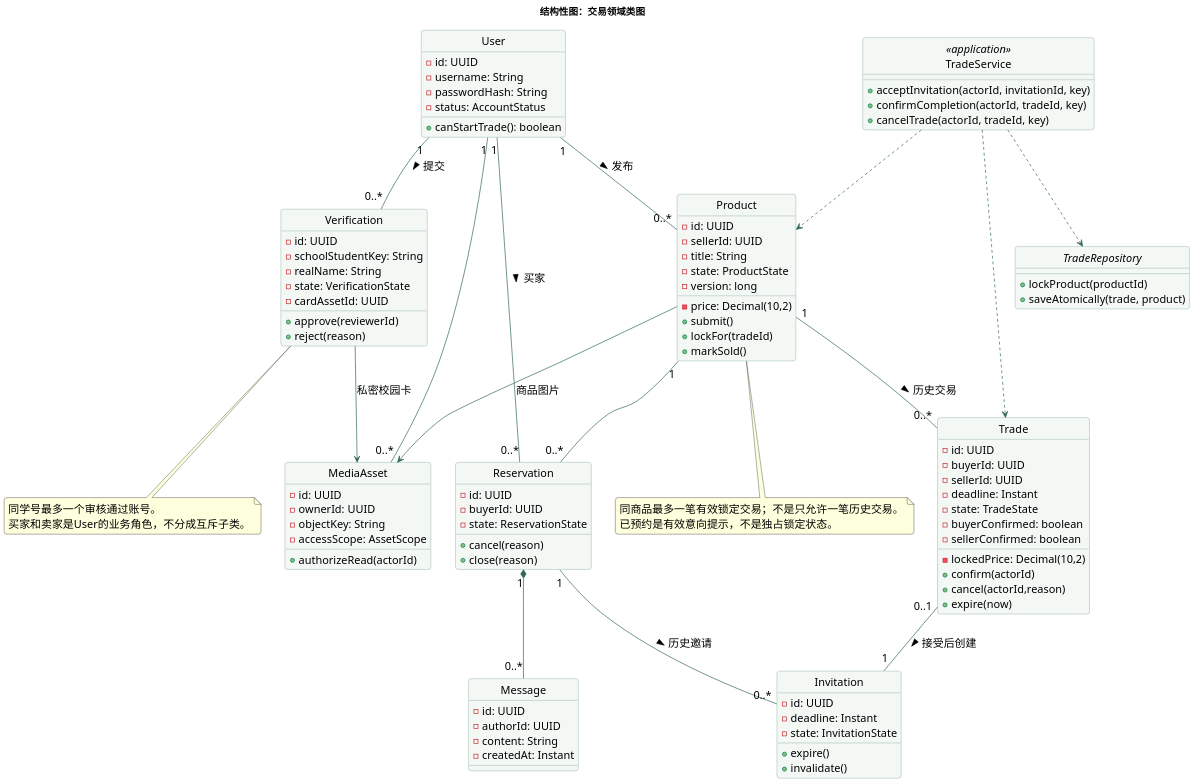
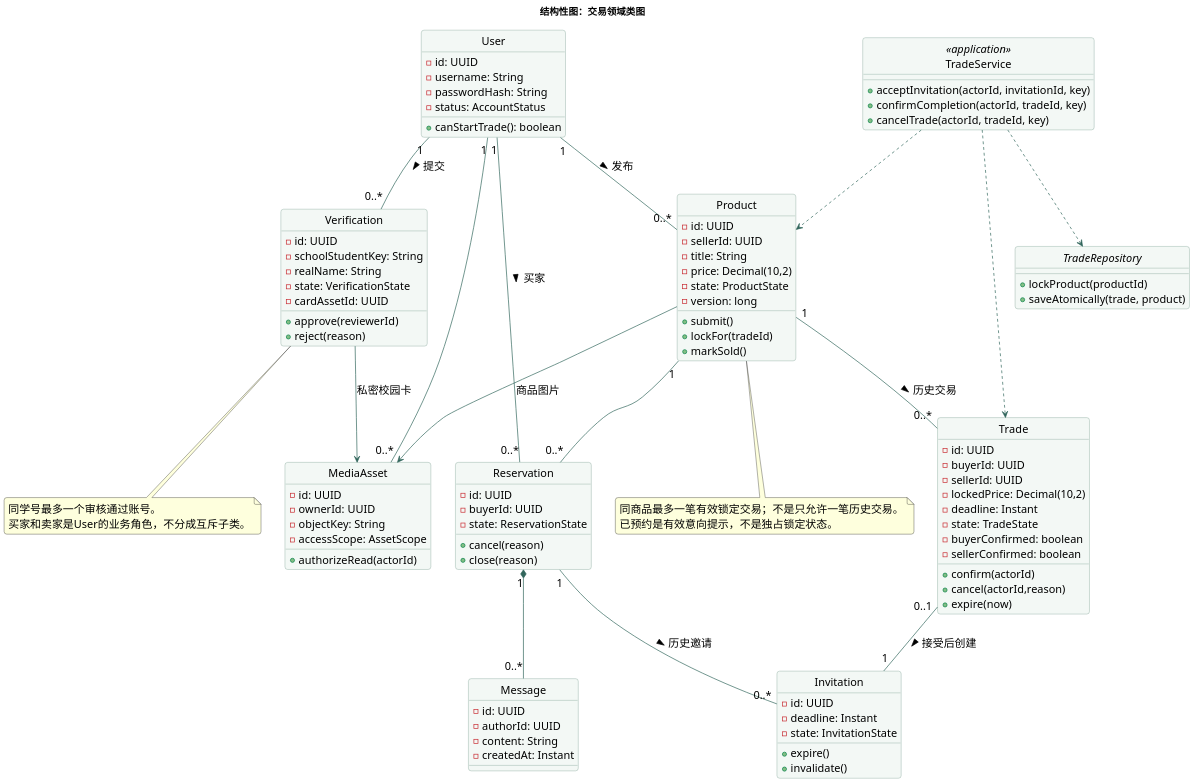
Before and after one commit to paulzrm/software-engineering-2026-lab1: the diagram in lab2/UML/01_类图_交易领域.puml, drawn with PlantUML. The commit also changed 36 other files, not shown here.

Commit message:
lab2: refine UML semantics and add editable Figma UI exports with AI audit

```diff
--- a/lab2/UML/01_类图_交易领域.puml
+++ b/lab2/UML/01_类图_交易领域.puml
@@ -1,115 +1,115 @@
 @startuml
 skinparam defaultFontName Microsoft YaHei
 skinparam defaultFontSize 16
 skinparam backgroundColor #FFFFFF
 skinparam shadowing false
 skinparam ArrowColor #32665C
 skinparam classBackgroundColor #F3F8F5
 skinparam classBorderColor #71978A
 skinparam packageBackgroundColor #FFFFFF
 skinparam roundcorner 8
 skinparam dpi 160
 title 结构性图：交易领域类图
 
 hide circle
 top to bottom direction
 class User {
  - id: UUID
  - username: String
  - passwordHash: String
  - status: AccountStatus
  + canStartTrade(): boolean
 }
 class Verification {
  - id: UUID
  - schoolStudentKey: String
  - realName: String
  - state: VerificationState
  - cardAssetId: UUID
  + approve(reviewerId)
  + reject(reason)
 }
 class Product {
  - id: UUID
  - sellerId: UUID
  - title: String
- - price: Decimal(10,2)
+ {field} - price: Decimal(10,2)
  - state: ProductState
  - version: long
  + submit()
  + lockFor(tradeId)
  + markSold()
 }
 class Reservation {
  - id: UUID
  - buyerId: UUID
  - state: ReservationState
  + cancel(reason)
  + close(reason)
 }
 class Invitation {
  - id: UUID
  - deadline: Instant
  - state: InvitationState
  + expire()
  + invalidate()
 }
 class Trade {
  - id: UUID
  - buyerId: UUID
  - sellerId: UUID
- - lockedPrice: Decimal(10,2)
+ {field} - lockedPrice: Decimal(10,2)
  - deadline: Instant
  - state: TradeState
  - buyerConfirmed: boolean
  - sellerConfirmed: boolean
  + confirm(actorId)
  + cancel(actorId,reason)
  + expire(now)
 }
 class Message {
  - id: UUID
  - authorId: UUID
  - content: String
  - createdAt: Instant
 }
 class MediaAsset {
  - id: UUID
  - ownerId: UUID
  - objectKey: String
  - accessScope: AssetScope
  + authorizeRead(actorId)
 }
 class TradeService <<application>> {
  + acceptInvitation(actorId, invitationId, key)
  + confirmCompletion(actorId, tradeId, key)
  + cancelTrade(actorId, tradeId, key)
 }
 interface TradeRepository {
  + lockProduct(productId)
  + saveAtomically(trade, product)
 }
 User "1" -- "0..*" Product : 发布 >
 User "1" -- "0..*" Verification : 提交 >
 Product "1" -- "0..*" Reservation
 User "1" -- "0..*" Reservation : 买家 >
 Reservation "1" -- "0..*" Invitation : 历史邀请 >
 Product "1" -- "0..*" Trade : 历史交易 >
 Trade "0..1" -- "1" Invitation : 接受后创建 >
 Reservation "1" *-- "0..*" Message
 User "1" -- "0..*" MediaAsset
 Verification --> MediaAsset : 私密校园卡
 Product --> MediaAsset : 商品图片
 TradeService ..> Trade
 TradeService ..> Product
 TradeService ..> TradeRepository
 note bottom of Product
 同商品最多一笔有效锁定交易；不是只允许一笔历史交易。
 已预约是有效意向提示，不是独占锁定状态。
 end note
 note bottom of Verification
 同学号最多一个审核通过账号。
 买家和卖家是User的业务角色，不分成互斥子类。
 end note
 
 @enduml
```
